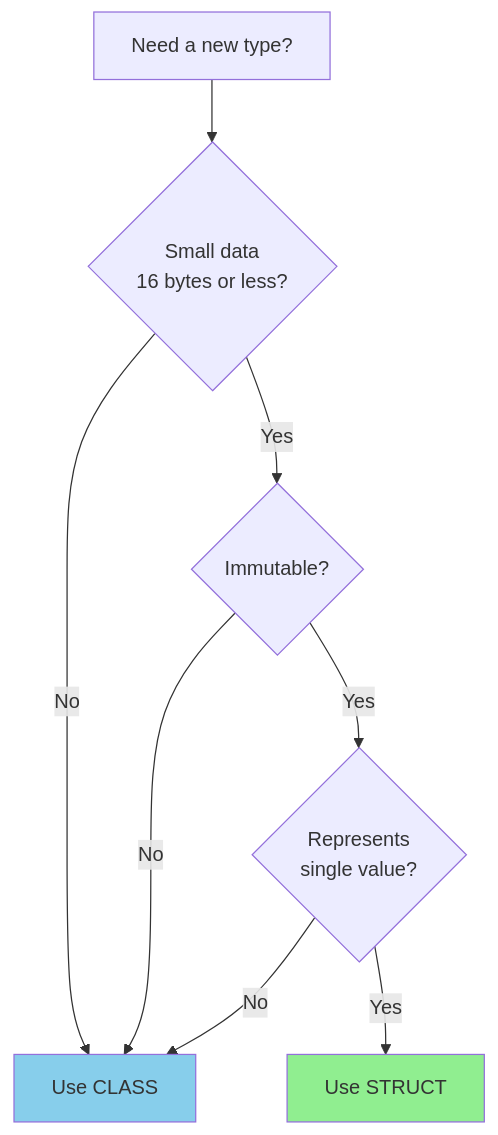
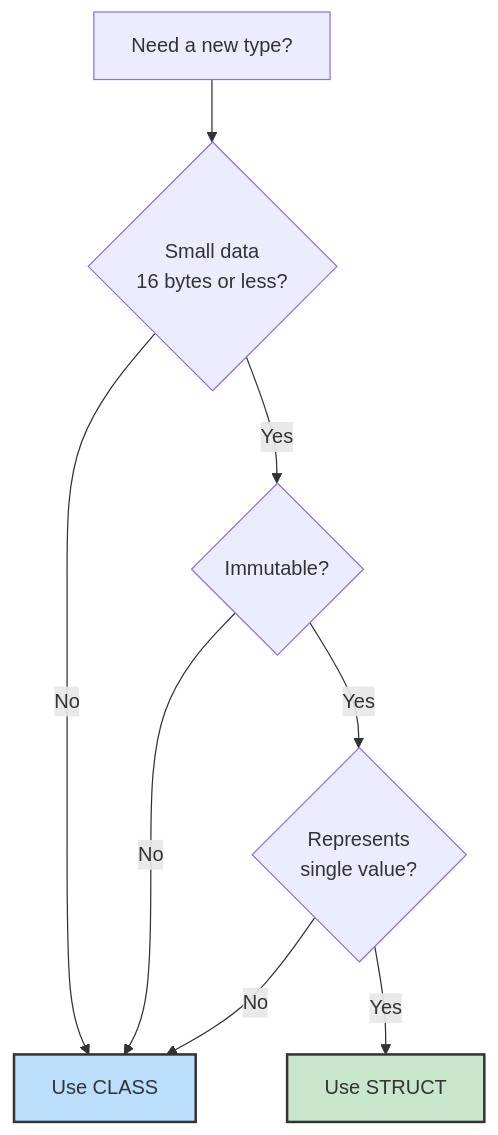
Diagram 12 of 12 in C# fundamentals/day01-type-system.md (NguyenPhamCode4You/ai-home-lab-docker-compose), drawn with Mermaid before and after one commit. The commit also changed other lines of this file and 10 other files, not shown here.

````diff
--- a/C# fundamentals/day01-type-system.md
+++ b/C# fundamentals/day01-type-system.md
@@ -759,13 +765,13 @@
 ```mermaid
 graph TD
     A[Need a new type?] --> B{Small data<br/>16 bytes or less?}
     B -->|No| C[Use CLASS]
     B -->|Yes| D{Immutable?}
     D -->|No| C
     D -->|Yes| E{Represents<br/>single value?}
     E -->|No| C
     E -->|Yes| F[Use STRUCT]
 
-    style F fill:#90EE90
-    style C fill:#87CEEB
+    style F fill:#c8e6c9,stroke:#333,stroke-width:2px
+    style C fill:#bbdefb,stroke:#333,stroke-width:2px
 ```
````
